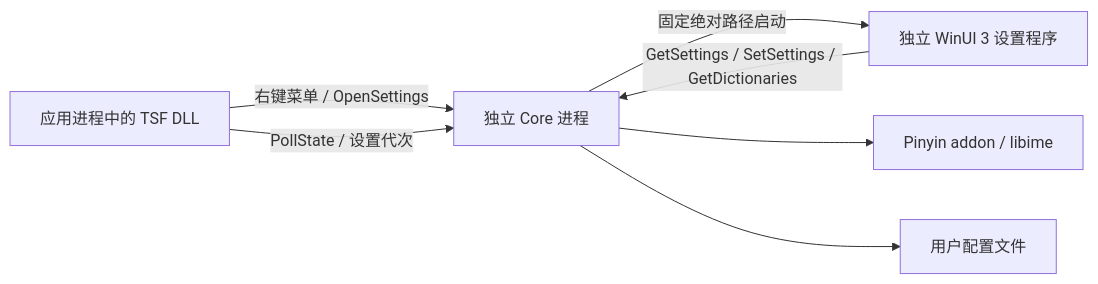
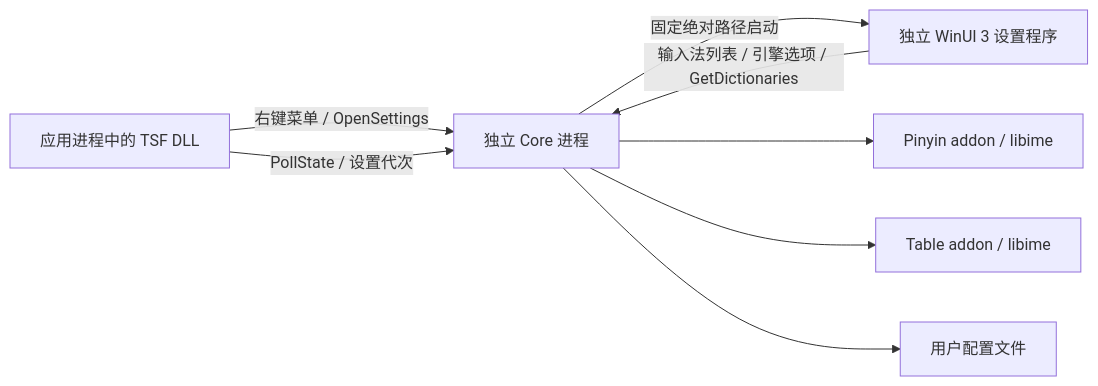
Before and after one commit to WAAutoMaton/fcitx5-windows: the diagram in docs/windows-settings-design.md, drawn with Mermaid. The commit also changed other lines of this file and 5 other files, not shown here.

````diff
--- a/docs/windows-settings-design.md
+++ b/docs/windows-settings-design.md
@@ -52,9 +52,10 @@
 ```mermaid
 flowchart LR
     T[应用进程中的 TSF DLL] -->|右键菜单 / OpenSettings| C[独立 Core 进程]
     C -->|固定绝对路径启动| U[独立 WinUI 3 设置程序]
-    U -->|GetSettings / SetSettings / GetDictionaries| C
+    U -->|输入法列表 / 引擎选项 / GetDictionaries| C
     C --> P[Pinyin addon / libime]
+    C --> E[Table addon / libime]
     C --> F[用户配置文件]
     T -->|PollState / 设置代次| C
 ```
````
